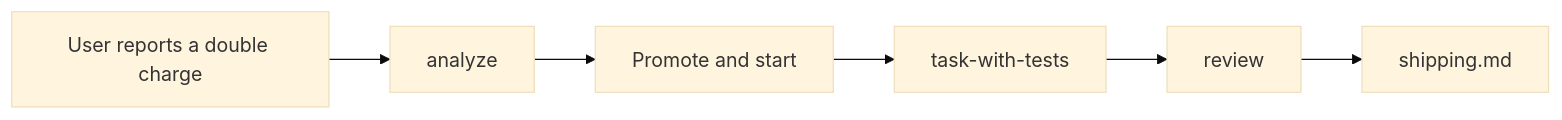
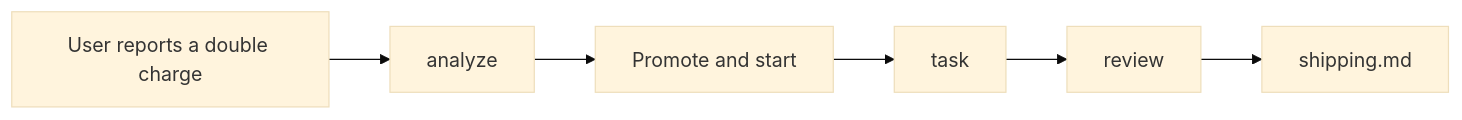
One commit to Gabriel-Lafrance/Skills changed the diagram in skills/rules/journeys/bug.md. Above: the diagram before and after it, drawn with Mermaid (base theme). The commit also changed other lines of this file and 32 other files, not shown here.

First line of the commit message:
feat: drop task-with-tests and make tests coded verifications owned by /verification

````diff
--- a/skills/rules/journeys/bug.md
+++ b/skills/rules/journeys/bug.md
@@ -8,8 +8,8 @@
 ```mermaid
 flowchart LR
   ask[User reports a double charge] --> analyze[analyze]
   analyze --> handoff[Promote and start]
-  handoff --> build[task-with-tests]
+  handoff --> build[task]
   build --> review[review]
   review --> ship[shipping.md]
 ```
````
